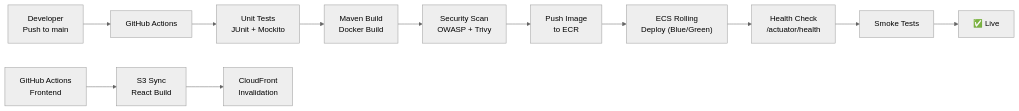
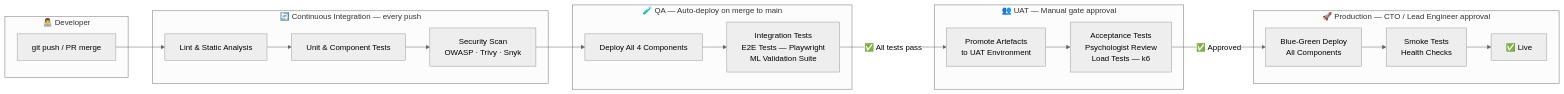
Before and after one commit to Sudharmabg/Empath-AI: the sixth of 6 diagrams in EmpathAI_Technical_Architecture.md, drawn with Mermaid (neutral theme). The commit also changed other lines of this file and 1 other file, not shown here.

Commit message:
updating technical architecture

````diff
--- a/EmpathAI_Technical_Architecture.md
+++ b/EmpathAI_Technical_Architecture.md
@@ -515,15 +456,33 @@
 ```mermaid
 graph LR
-    DEV["Developer<br/>Push to main"] --> GH["GitHub Actions"]
-    GH --> TEST["Unit Tests<br/>JUnit + Mockito"]
-    TEST --> BUILD["Maven Build<br/>Docker Build"]
-    BUILD --> SCAN["Security Scan<br/>OWASP + Trivy"]
-    SCAN --> ECR["Push Image<br/>to ECR"]
-    ECR --> ECS_DEPLOY["ECS Rolling<br/>Deploy (Blue/Green)"]
-    ECS_DEPLOY --> HEALTH["Health Check<br/>/actuator/health"]
-    HEALTH --> SMOKE["Smoke Tests"]
-    SMOKE --> DONE["✅ Live"]
+    subgraph DEV ["👨‍💻 Developer"]
+        PUSH["git push / PR merge"]
+    end
 
-    GH2["GitHub Actions<br/>Frontend"] --> S3_SYNC["S3 Sync<br/>React Build"]
-    S3_SYNC --> CF_INVAL["CloudFront<br/>Invalidation"]
+    subgraph CI ["🔄 Continuous Integration — every push"]
+        LINT["Lint & Static Analysis"]
+        UNIT["Unit & Component Tests"]
+        SCAN["Security Scan\nOWASP · Trivy · Snyk"]
+    end
+
+    subgraph QA ["🧪 QA — Auto-deploy on merge to main"]
+        QA_DEPLOY["Deploy All 4 Components"]
+        QA_TEST["Integration Tests\nE2E Tests — Playwright\nML Validation Suite"]
+    end
+
+    subgraph UAT ["👥 UAT — Manual gate approval"]
+        UAT_DEPLOY["Promote Artefacts\nto UAT Environment"]
+        UAT_TEST["Acceptance Tests\nPsychologist Review\nLoad Tests — k6"]
+    end
+
+    subgraph PROD ["🚀 Production — CTO / Lead Engineer approval"]
+        PROD_DEPLOY["Blue-Green Deploy\nAll Components"]
+        SMOKE["Smoke Tests\nHealth Checks"]
+        LIVE["✅ Live"]
+    end
+
+    PUSH --> LINT --> UNIT --> SCAN
+    SCAN --> QA_DEPLOY --> QA_TEST
+    QA_TEST -- "✅ All tests pass" --> UAT_DEPLOY --> UAT_TEST
+    UAT_TEST -- "✅ Approved" --> PROD_DEPLOY --> SMOKE --> LIVE
 ```
````
